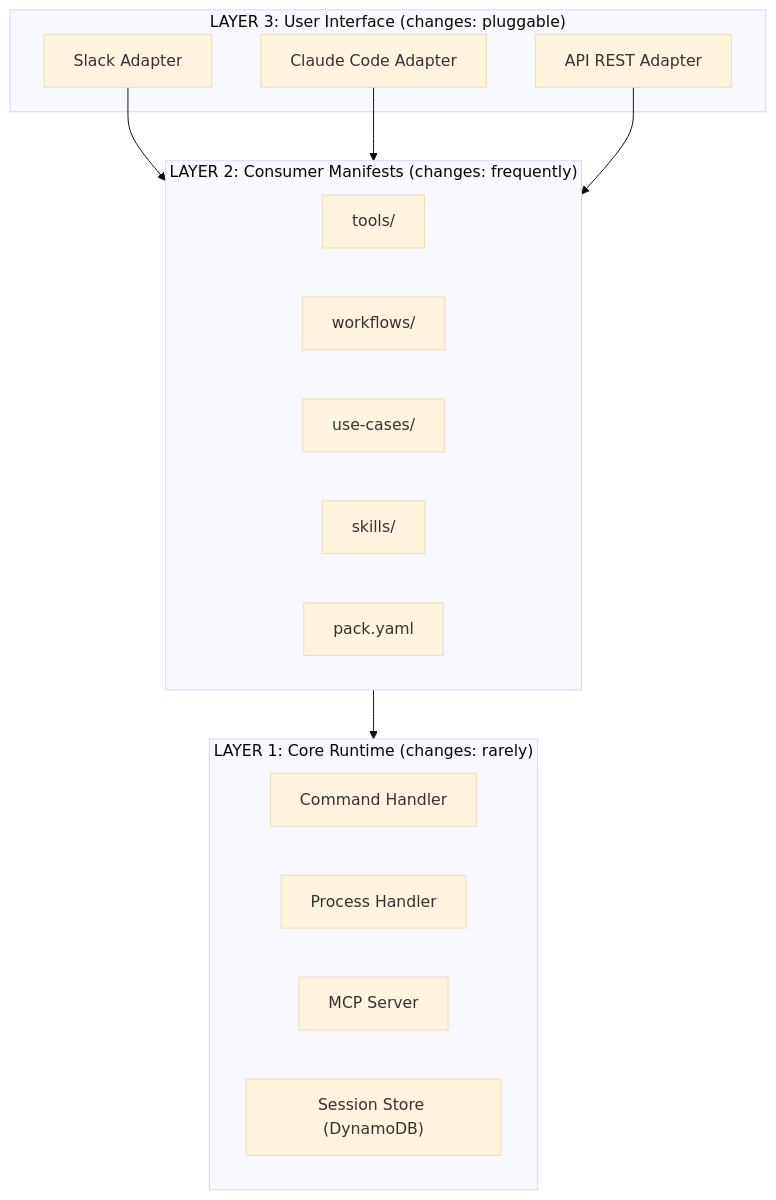
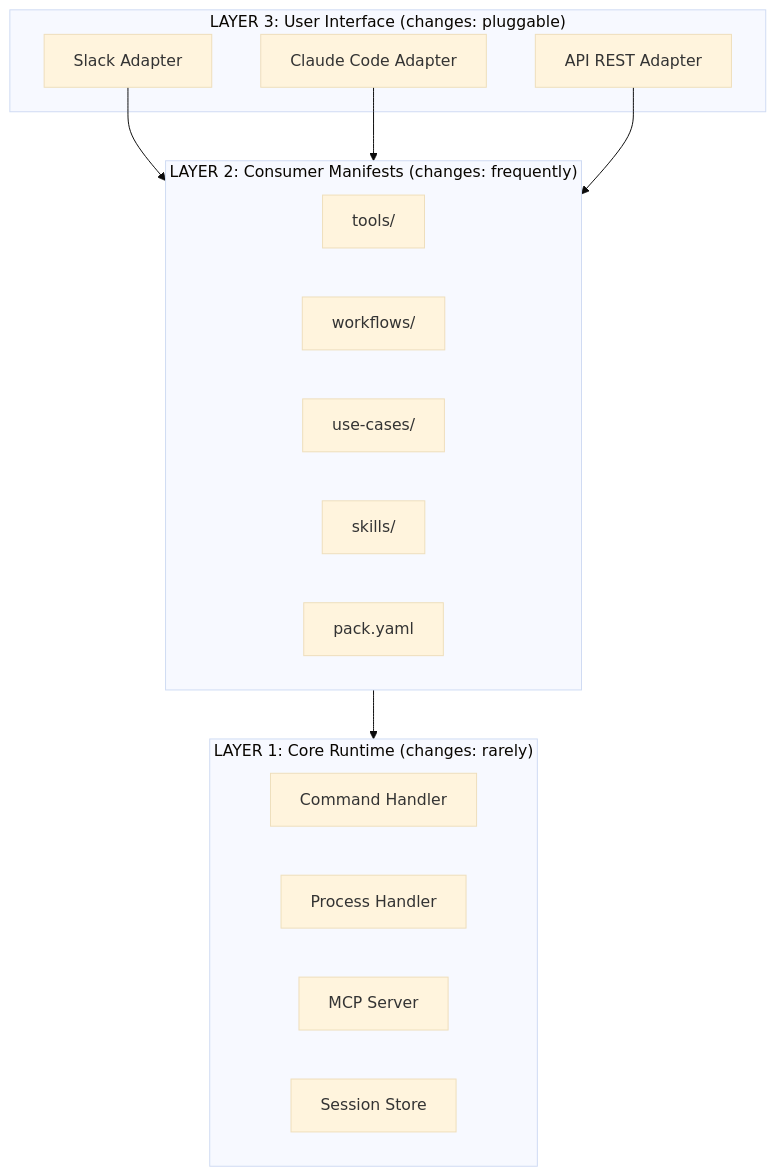
One commit to phbruce/agentrun changed the second of 31 diagrams in docs/book/agentrun-book.md. Above: the diagram before and after it, drawn with Mermaid (base theme). The commit also changed other lines of this file, not shown here.

````diff
--- a/docs/book/agentrun-book.md
+++ b/docs/book/agentrun-book.md
@@ -216,28 +216,28 @@
 ```mermaid
 flowchart TB
     subgraph C3["LAYER 3: User Interface (changes: pluggable)"]
         SlackAdp["Slack Adapter"]
         ClaudeAdp["Claude Code Adapter"]
         APIAdp["API REST Adapter"]
     end
 
     subgraph C2["LAYER 2: Consumer Manifests (changes: frequently)"]
         tools["tools/"]
         workflows["workflows/"]
         usecases["use-cases/"]
         skills["skills/"]
         packyaml["pack.yaml"]
     end
 
     subgraph C1["LAYER 1: Core Runtime (changes: rarely)"]
         CmdH["Command Handler"]
         ProcH["Process Handler"]
         MCP["MCP Server"]
-        Session["Session Store (DynamoDB)"]
+        Session["Session Store"]
     end
 
     SlackAdp --> C2
     ClaudeAdp --> C2
     APIAdp --> C2
     C2 --> C1
 ```
````
